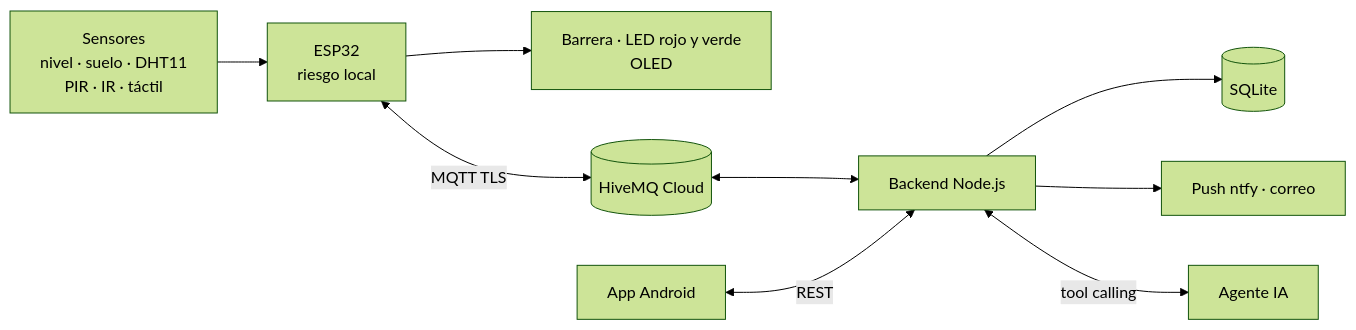
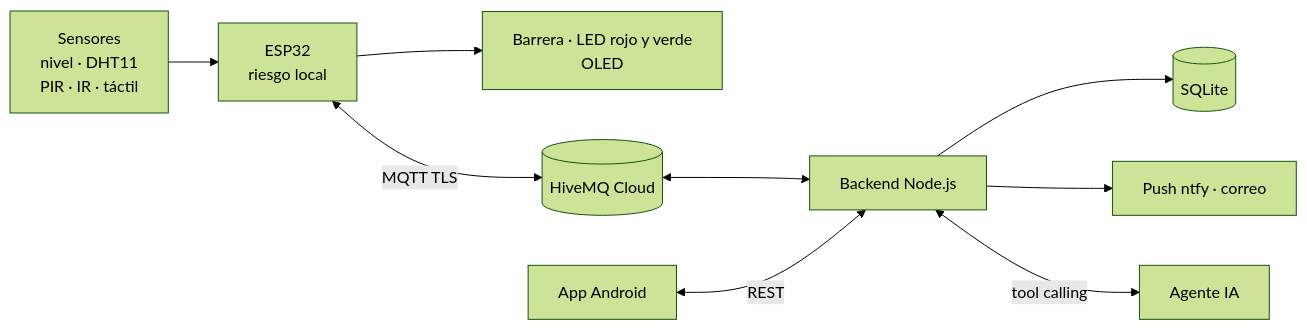
One commit to SantiagoRicaurte06/Proyecto-ESP32-IoT changed the diagram in README.md. Above: the diagram before and after it, drawn with Mermaid (forest theme). The commit also changed other lines of this file and 10 other files, not shown here.

````diff
--- a/README.md
+++ b/README.md
@@ -41,11 +41,11 @@
 ```mermaid
 flowchart LR
-  S["Sensores<br/>nivel · suelo · DHT11<br/>PIR · IR · táctil"] --> E["ESP32<br/>riesgo local"]
+  S["Sensores<br/>nivel · DHT11<br/>PIR · IR · táctil"] --> E["ESP32<br/>riesgo local"]
   E --> A["Barrera · LED rojo y verde<br/>OLED"]
   E <-->|MQTT TLS| B[("HiveMQ Cloud")]
   B <--> K["Backend Node.js"]
   K --> D[("SQLite")]
   K --> N["Push ntfy · correo"]
   APP["App Android"] <-->|REST| K
   K <-->|tool calling| IA["Agente IA"]
 ```
````
